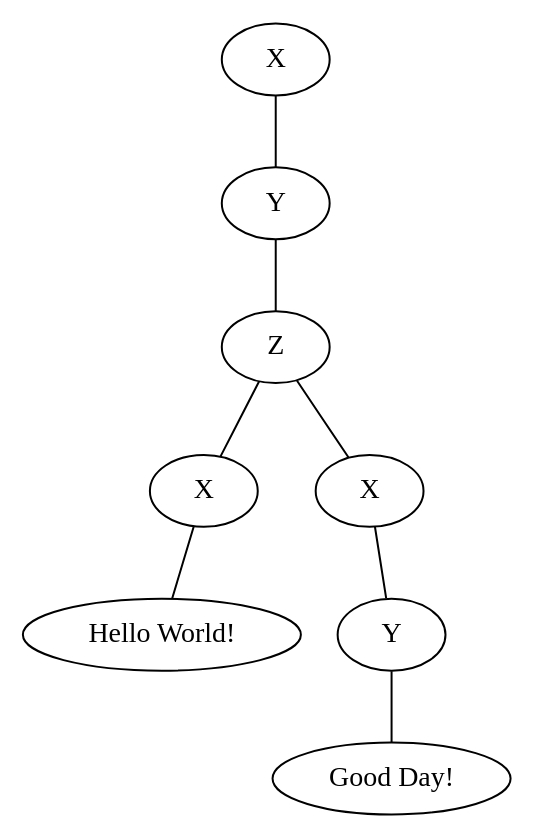
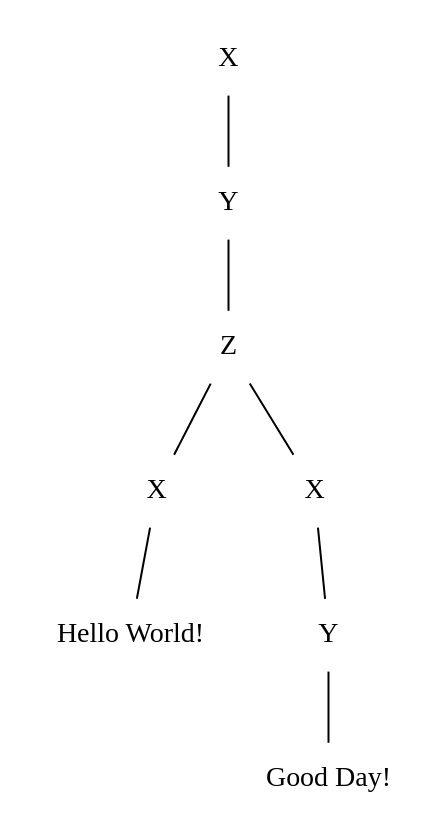
One commit to scaryPonens/reubenpeterpaul.github.com changed the diagram in cs6795/assign0.rst. Above: the diagram before and after it, drawn with Graphviz. The commit also changed 8 other files, not shown here.

```diff
--- a/cs6795/assign0.rst
+++ b/cs6795/assign0.rst
@@ -31,19 +31,19 @@
 .. graphviz::
 
   graph g {
-    node [label="X"] X1;
-    node [label="X"] X2;
-    node [label="X"] X3;
-    node [label="Y"] Y1;
-    node [label="Y"] Y2;
-    node [label="Z"] Z;
-    node [label="Hello World!"] HW;
+    node [shape=none, label="X"] X1;
+    node [shape=none, label="X"] X2;
+    node [shape=none, label="X"] X3;
+    node [shape=none, label="Y"] Y1;
+    node [shape=none, label="Y"] Y2;
+    node [shape=none, label="Z"] Z;
+    node [shape=none, label="Hello World!"] HW;
     node [label="Good Day!"] GD;
     X1 -- Y1;
     Y1 -- Z;
     Z -- X2;
     X2 -- HW;
     Z -- X3;
     X3 -- Y2;
     Y2 -- GD;
   }
```
